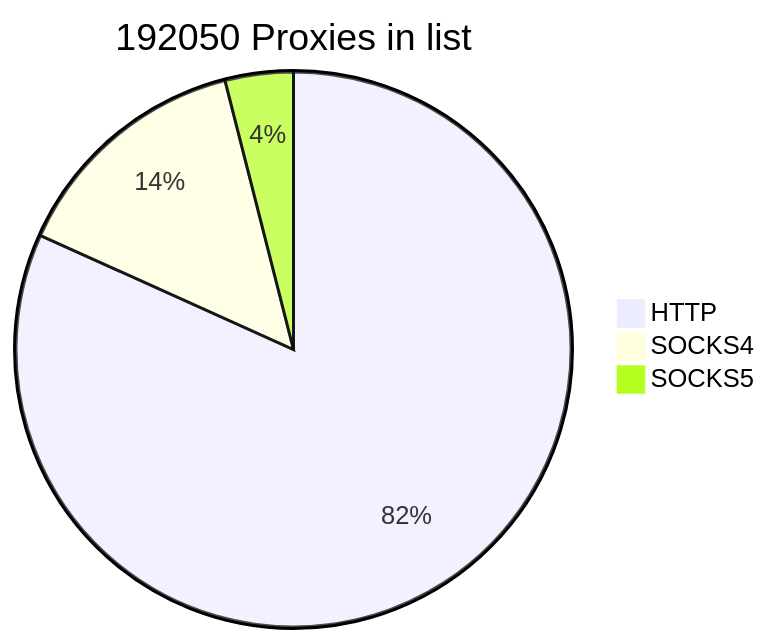
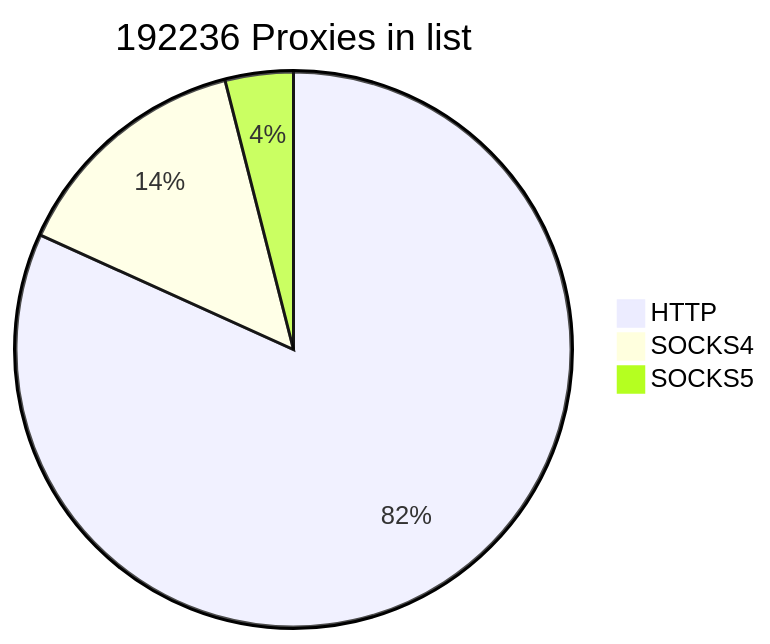
The first of 2 diagrams in README.md (cutipu/proxylist), drawn with Mermaid before and after one commit. The commit also changed other lines of this file, not shown here.

````diff
--- a/README.md
+++ b/README.md
@@ -2,7 +2,7 @@
 ```mermaid
-pie title 192050 Proxies in list
-    "HTTP" : 156975
+pie title 192236 Proxies in list
+    "HTTP" : 157161
     "SOCKS4" : 27454
     "SOCKS5" : 7621
             
 ```
````
